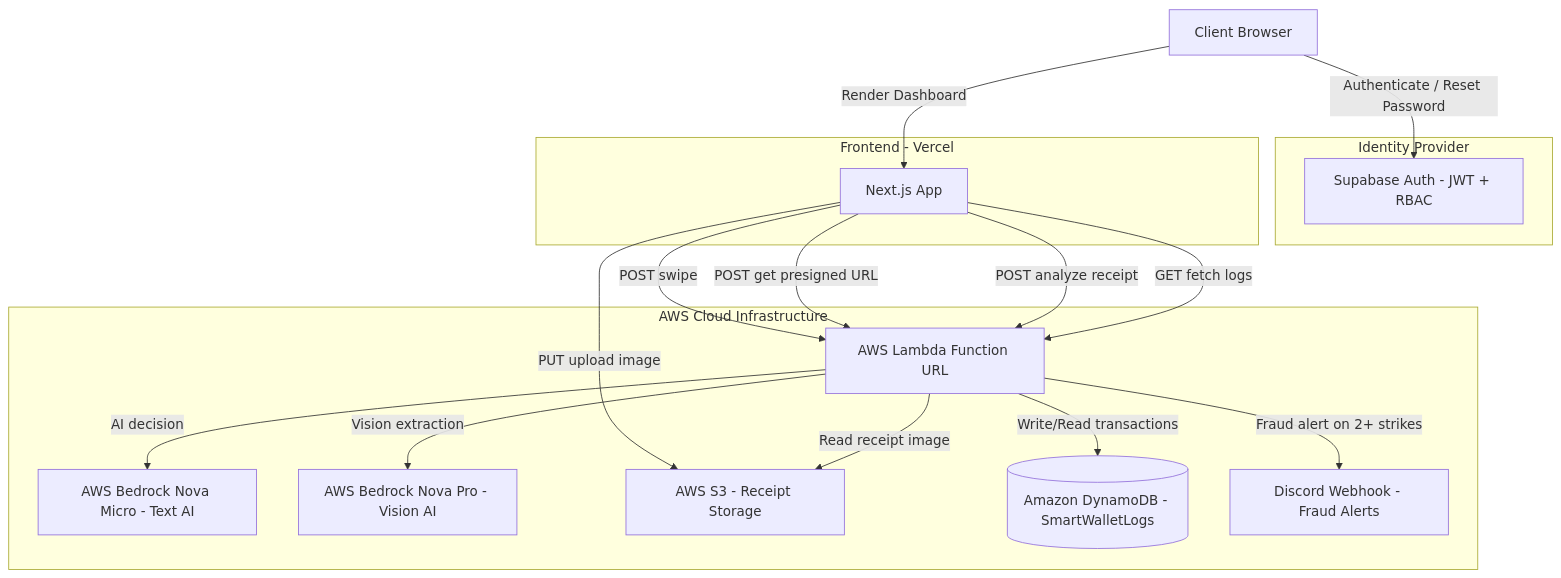
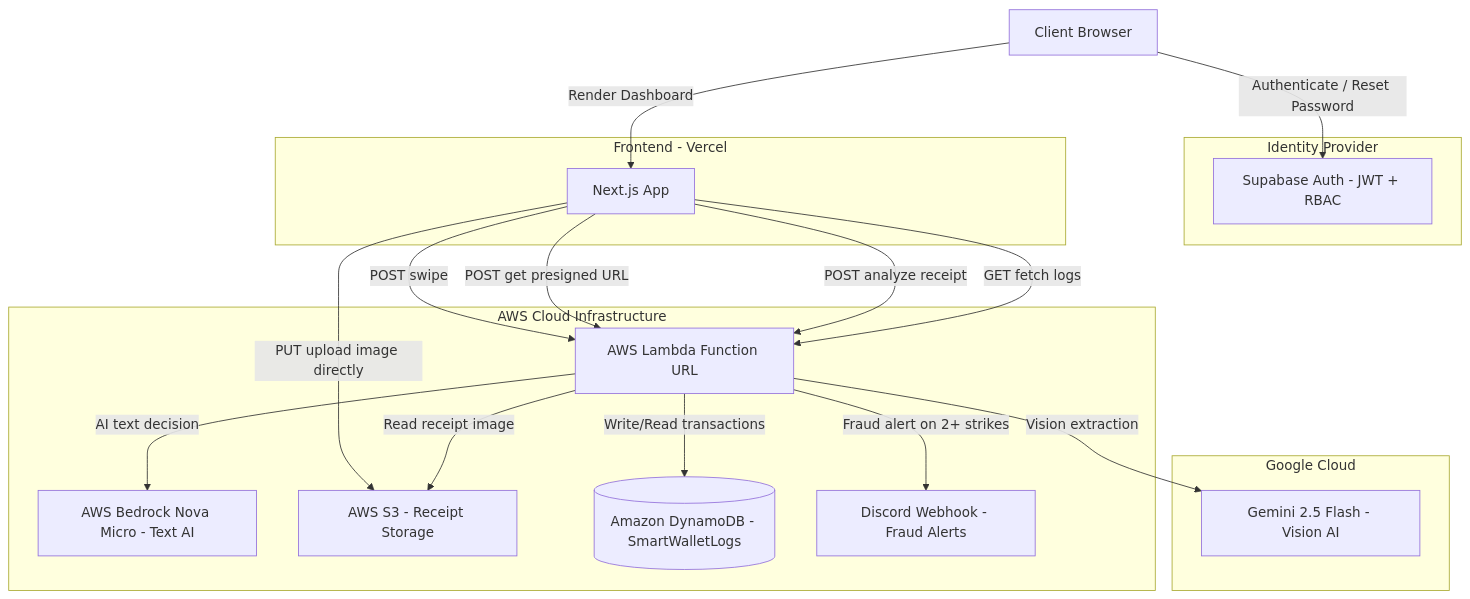
Before and after one commit to prajjwalsingh11/smartwallet-ai: the diagram in README.md, drawn with Mermaid. The commit also changed other lines of this file and 1 other file, not shown here.

````diff
--- a/README.md
+++ b/README.md
@@ -20,34 +21,37 @@
 ```mermaid
 graph TD
     Client[Client Browser]
 
     subgraph Identity Provider
         Auth[Supabase Auth - JWT + RBAC]
     end
 
     subgraph Frontend - Vercel
         UI[Next.js App]
     end
 
     subgraph AWS Cloud Infrastructure
         Lambda[AWS Lambda Function URL]
         Bedrock[AWS Bedrock Nova Micro - Text AI]
-        BedrockVision[AWS Bedrock Nova Pro - Vision AI]
         S3[AWS S3 - Receipt Storage]
         DB[(Amazon DynamoDB - SmartWalletLogs)]
         Discord[Discord Webhook - Fraud Alerts]
+    end
+
+    subgraph Google Cloud
+        Gemini[Gemini 2.5 Flash - Vision AI]
     end
 
     Client -->|Authenticate / Reset Password| Auth
     Client -->|Render Dashboard| UI
     UI -->|POST swipe| Lambda
     UI -->|POST get presigned URL| Lambda
-    UI -->|PUT upload image| S3
+    UI -->|PUT upload image directly| S3
     UI -->|POST analyze receipt| Lambda
     UI -->|GET fetch logs| Lambda
-    Lambda -->|AI decision| Bedrock
+    Lambda -->|AI text decision| Bedrock
     Lambda -->|Read receipt image| S3
-    Lambda -->|Vision extraction| BedrockVision
+    Lambda -->|Vision extraction| Gemini
     Lambda -->|Write/Read transactions| DB
     Lambda -->|Fraud alert on 2+ strikes| Discord
 ```
````
